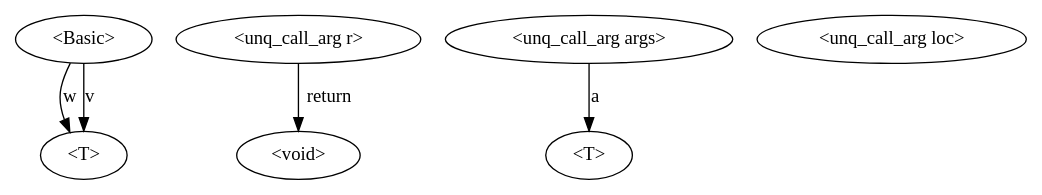
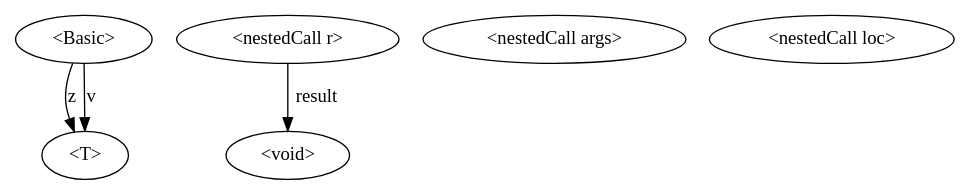
The diagram in AliasingImpl/source/test.dot (varivera/aliasing-java), drawn with Graphviz before and after one commit. The commit also changed 6 other files, not shown here.

First line of the commit message:
Actual arguments/ nested call

```diff
--- a/AliasingImpl/source/test.dot
+++ b/AliasingImpl/source/test.dot
@@ -1,13 +1,11 @@
 digraph G {
-n0->n6 [label="w"]
-n0->n6 [label="v"]
+n0->n10 [label="z"]
+n0->n10 [label="v"]
 n0[label="<Basic>"]
-n6[label="<T>"]
-n3->n4 [label="return"]
-n3[label="<unq_call_arg r>"]
+n10[label="<T>"]
+n3->n4 [label="result"]
+n3[label="<nestedCall r>"]
 n4[label="<void>"]
-n1->n5 [label="a"]
-n1[label="<unq_call_arg args>"]
-n5[label="<T>"]
-n2[label="<unq_call_arg loc>"]
+n1[label="<nestedCall args>"]
+n2[label="<nestedCall loc>"]
 }
```
